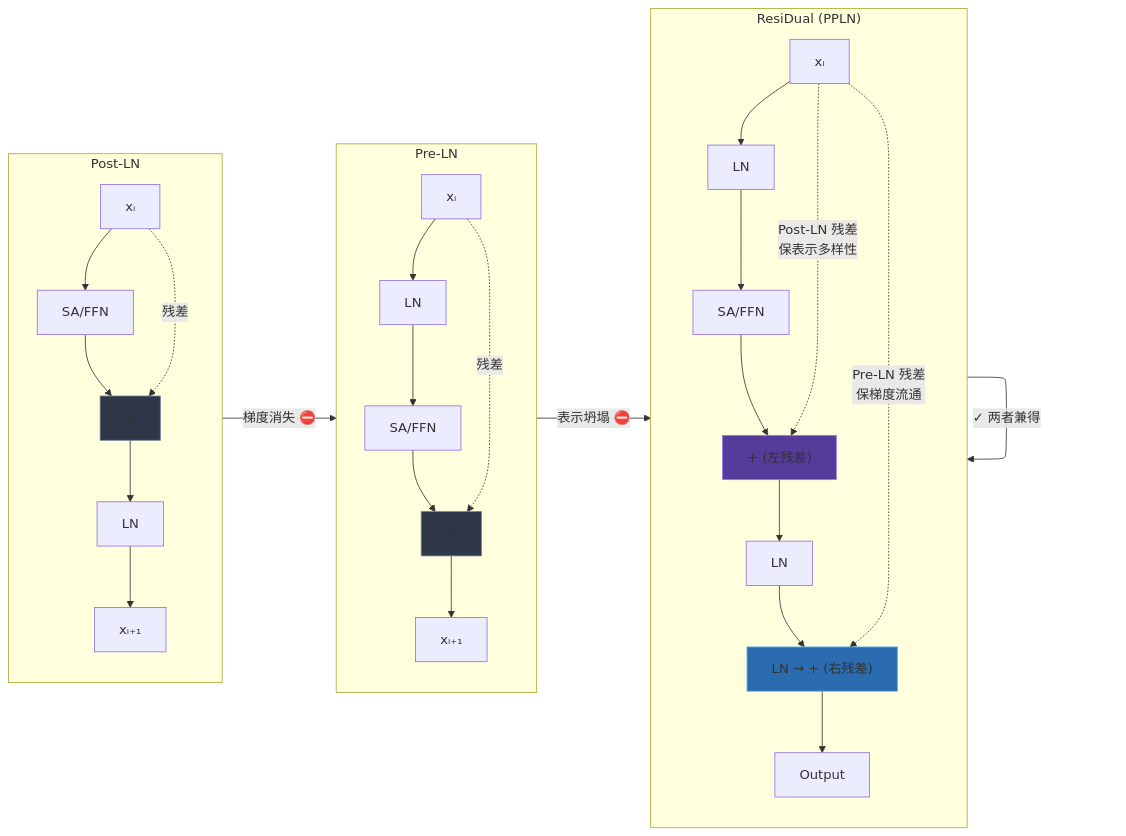
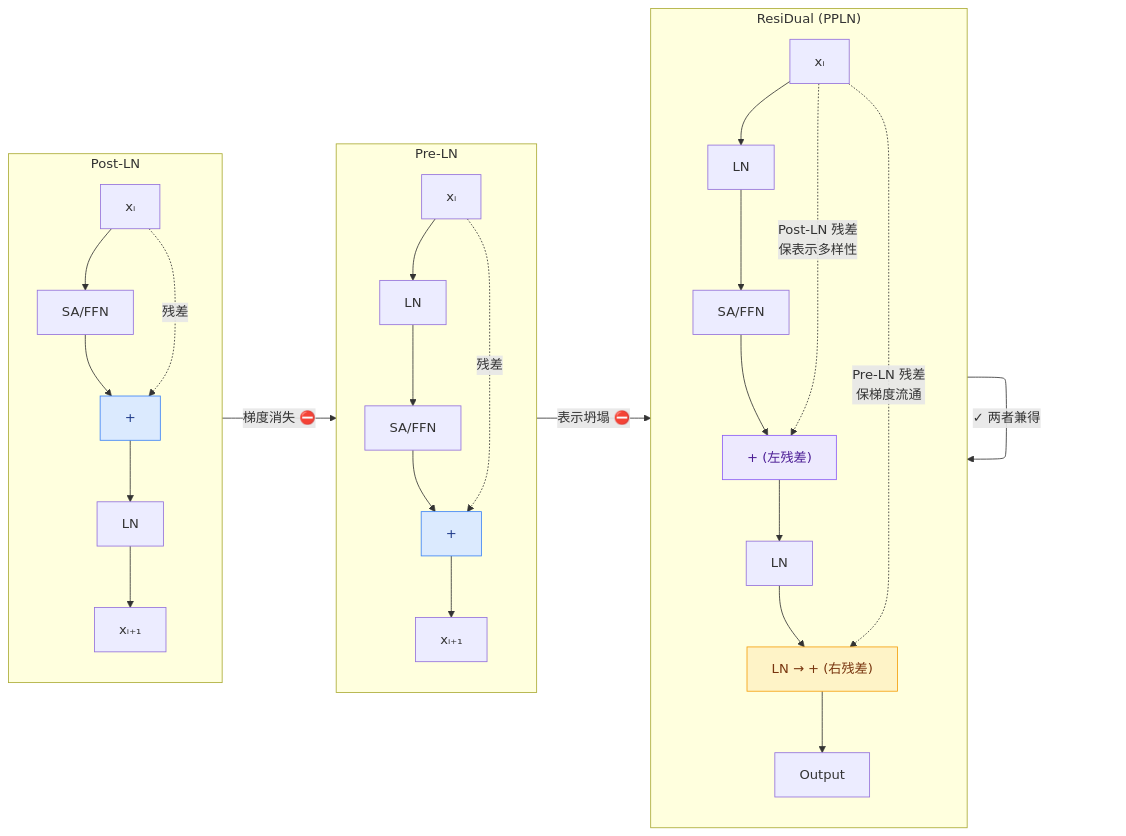
The diagram in content/Knowledge/论文分析/模型结构/ResiDual 技术分析.md (Pastens/Pastens.github.io), drawn with Mermaid before and after one commit. The commit also changed 5 other files, not shown here.

Commit message:
fix: mermaid color scheme - light bg + dark text for readability; add YOCO arch diagram

````diff
--- a/content/Knowledge/论文分析/模型结构/ResiDual 技术分析.md
+++ b/content/Knowledge/论文分析/模型结构/ResiDual 技术分析.md
@@ -78,40 +78,40 @@
 ```mermaid
 flowchart LR
     subgraph PostLN["Post-LN"]
         direction TB
         P1["xᵢ"] --> P2["SA/FFN"]
         P2 --> P3["+"]
         P1 -.->|"残差"| P3
         P3 --> P4["LN"]
         P4 --> P5["xᵢ₊₁"]
-        style P3 fill:#2d3748,stroke:#718096
+        style P3 fill:#dbeafe,stroke:#3b82f6,color:#1e3a8a
     end
 
     subgraph PreLN["Pre-LN"]
         direction TB
         Q1["xᵢ"] --> Q2["LN"]
         Q2 --> Q3["SA/FFN"]
         Q3 --> Q4["+"]
         Q1 -.->|"残差"| Q4
         Q4 --> Q5["xᵢ₊₁"]
-        style Q4 fill:#2d3748,stroke:#718096
+        style Q4 fill:#dbeafe,stroke:#3b82f6,color:#1e3a8a
     end
 
     subgraph RD["ResiDual (PPLN)"]
         direction TB
         R1["xᵢ"] --> R2["LN"]
         R2 --> R3["SA/FFN"]
         R3 --> R4["+ (左残差)"]
         R1 -.->|"Post-LN 残差<br/>保表示多样性"| R4
         R4 --> R5["LN"]
         R5 --> R6["LN → + (右残差)"]
         R1 -.->|"Pre-LN 残差<br/>保梯度流通"| R6
         R6 --> R7["Output"]
-        style R4 fill:#553c9a,stroke:#9f7aea
-        style R6 fill:#2b6cb0,stroke:#63b3ed
+        style R4 fill:#ede9fe,stroke:#8b5cf6,color:#4c1d95
+        style R6 fill:#fef3c7,stroke:#f59e0b,color:#78350f
     end
 
     PostLN -->|"梯度消失 ⛔"| PreLN
     PreLN -->|"表示坍塌 ⛔"| RD
     RD -->|"✓ 两者兼得"| RD
 ```
````
